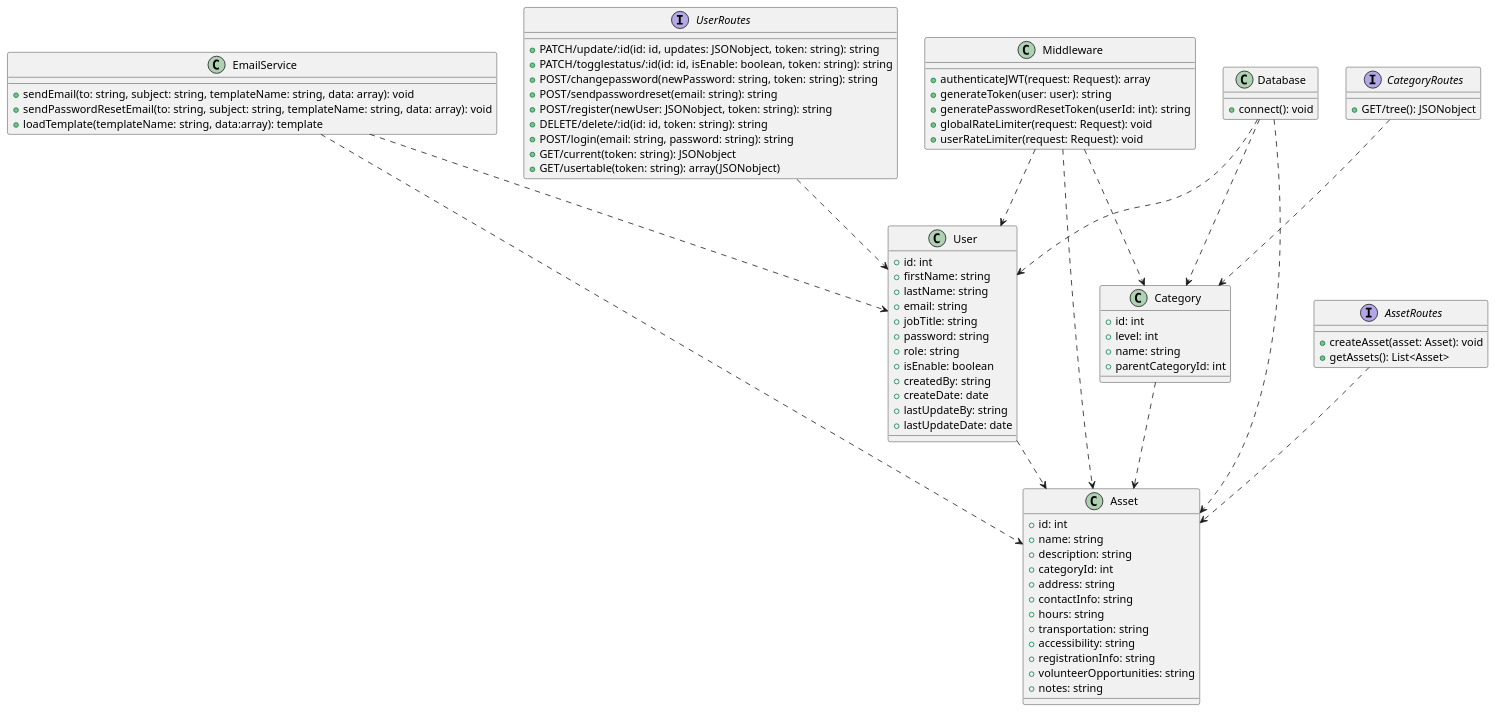
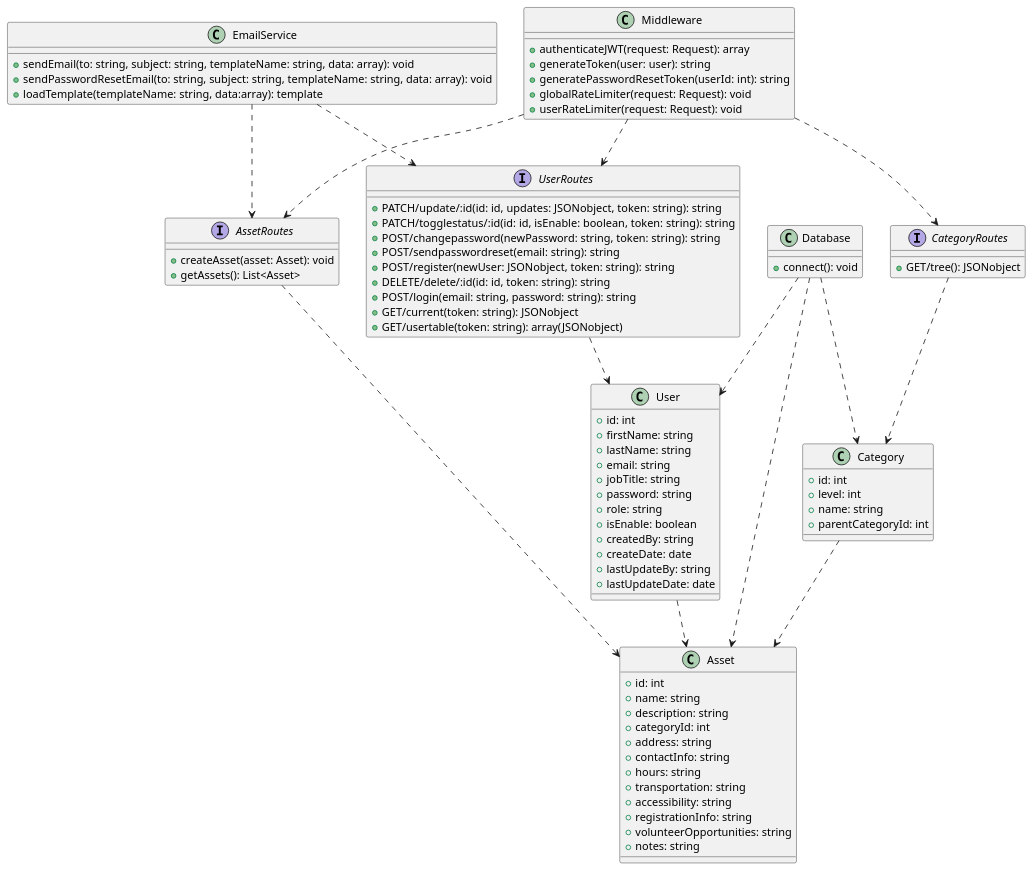
The diagram in test.wsd (IrinaSalikhova/catsapp), drawn with PlantUML before and after one commit. The commit also changed 6 other files, not shown here.

```diff
--- a/test.wsd
+++ b/test.wsd
@@ -1,104 +1,104 @@
 @startuml
 
 ' User class with attributes and role-based relationships
 class User {
     +id: int
     +firstName: string
     +lastName: string
     +email: string
     +jobTitle: string
     +password: string
     +role: string
     +isEnable: boolean
     +createdBy: string
     +createDate: date
     +lastUpdateBy: string
     +lastUpdateDate: date
 }
 
 ' Asset (Community Resource)
 class Asset {
     +id: int
     +name: string
     +description: string
     +categoryId: int
     +address: string
     +contactInfo: string
     +hours: string
     +transportation: string
     +accessibility: string
     +registrationInfo: string
     +volunteerOpportunities: string
     +notes: string
 }
 
 ' Category class with hierarchical relationships
 class Category {
     +id: int
     +level: int
     +name: string
     +parentCategoryId: int
 }
 
 ' Utility class for handling emails
 class EmailService {
     +sendEmail(to: string, subject: string, templateName: string, data: array): void
     +sendPasswordResetEmail(to: string, subject: string, templateName: string, data: array): void
     +loadTemplate(templateName: string, data:array): template
 }
 
 ' Middleware class for authentication and rate limiting
 class Middleware {
     +authenticateJWT(request: Request): array
     +generateToken(user: user): string
     +generatePasswordResetToken(userId: int): string
     +globalRateLimiter(request: Request): void
     +userRateLimiter(request: Request): void
 }
 
 ' Database class for handling connections and queries
 class Database {
     +connect(): void
 }
 
 ' API Routes as interfaces
 interface UserRoutes {
     +PATCH/update/:id(id: id, updates: JSONobject, token: string): string 
     +PATCH/togglestatus/:id(id: id, isEnable: boolean, token: string): string 
     +POST/changepassword(newPassword: string, token: string): string 
     +POST/sendpasswordreset(email: string): string 
     +POST/register(newUser: JSONobject, token: string): string 
     +DELETE/delete/:id(id: id, token: string): string 
     +POST/login(email: string, password: string): string
     +GET/current(token: string): JSONobject 
     +GET/usertable(token: string): array(JSONobject)
 }
 
 interface AssetRoutes {
     +createAsset(asset: Asset): void
     +getAssets(): List<Asset>
 }
 
 interface CategoryRoutes {
     +GET/tree(): JSONobject
 }
 
 
 ' Connecting routes to models
 UserRoutes ..> User
 AssetRoutes ..> Asset
 CategoryRoutes ..> Category
 
 ' Utility and Middleware connections
-EmailService ..> User
-EmailService ..> Asset
-Middleware ..> User
-Middleware ..> Asset
-Middleware ..> Category
+EmailService ..> UserRoutes
+EmailService ..> AssetRoutes
+Middleware ..> UserRoutes
+Middleware ..> AssetRoutes
+Middleware ..> CategoryRoutes
 Database ..> User
 Database ..> Asset
 Database ..> Category
 Category ..> Asset
 User ..> Asset
 
 @enduml
```
